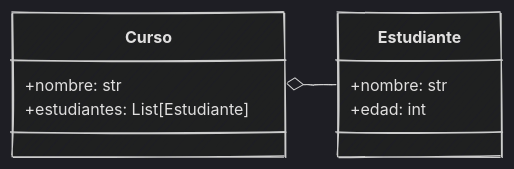
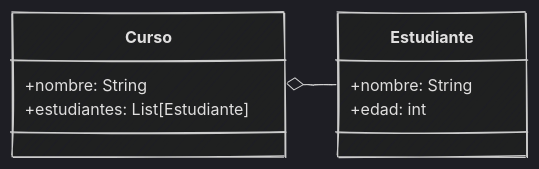
One commit to python-la-paz/python-study-group-oop changed the first of 6 diagrams in content/sesion06/Readme.md. Above: the diagram before and after it, drawn with Mermaid. The commit also changed other lines of this file and 3 other files, not shown here.

````diff
--- a/content/sesion06/Readme.md
+++ b/content/sesion06/Readme.md
@@ -114,15 +130,15 @@
 ```mermaid
 %%{init: {"theme": "dark", "look": "handDrawn"  }}%%
 classDiagram
 direction LR
     class Estudiante {
-        +nombre: str
+        +nombre: String
         +edad: int
     }
     class Curso {
-        +nombre: str
+        +nombre: String
         +estudiantes: List[Estudiante]
     }
 
     Curso o-- Estudiante
 ```
````
